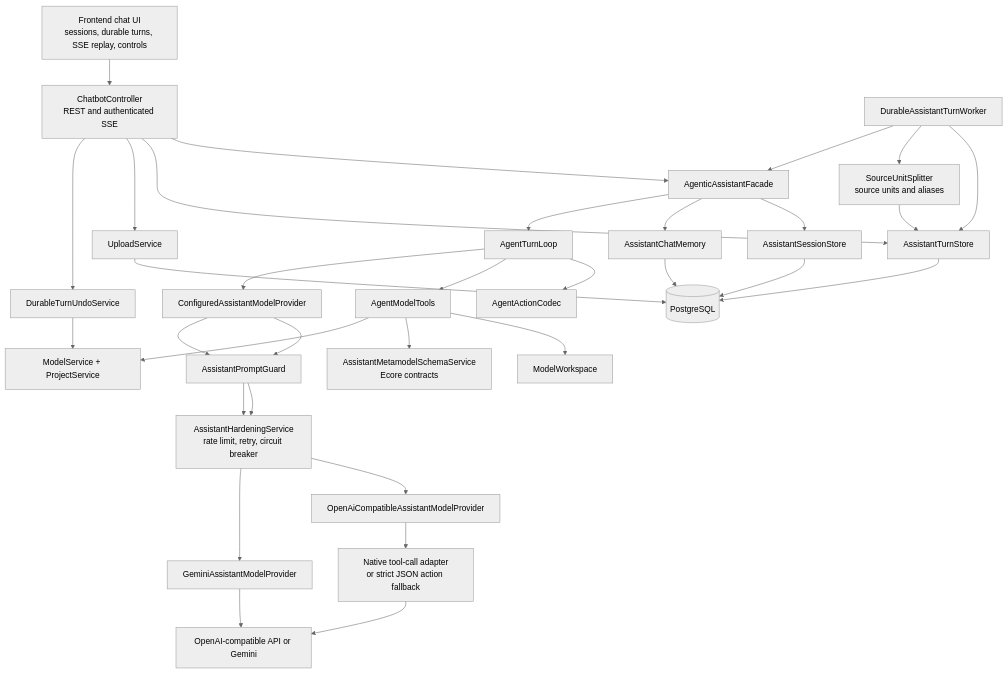
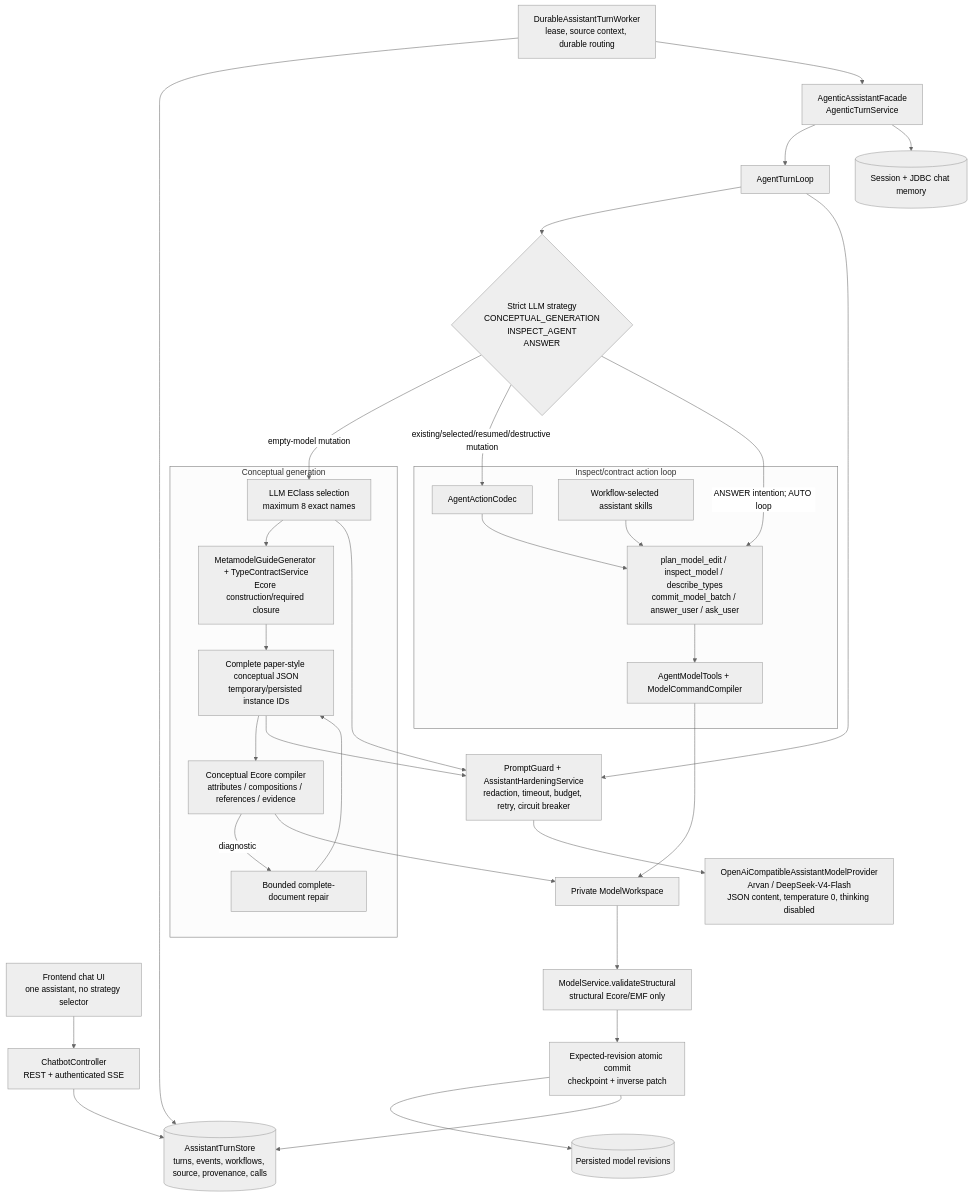
One commit to mehdieidi/modriss changed the first of 3 diagrams in docs/diagrams/14-ai-assistant-architecture.md. Above: the diagram before and after it, drawn with Mermaid (neutral theme). The commit also changed other lines of this file and 66 other files, not shown here.

First line of the commit message:
feat(ai): enhance assistant model provider and metamodel generator

````diff
--- a/docs/diagrams/14-ai-assistant-architecture.md
+++ b/docs/diagrams/14-ai-assistant-architecture.md
@@ -5,52 +5,49 @@
 ```mermaid
 flowchart TB
-    ui["Frontend chat UI<br/>sessions, durable turns, SSE replay, controls"]
-    api["ChatbotController<br/>REST and authenticated SSE"]
-    worker["DurableAssistantTurnWorker"]
-    facade["AgenticAssistantFacade"]
+    ui["Frontend chat UI<br/>one assistant, no strategy selector"]
+    api["ChatbotController<br/>REST + authenticated SSE"]
+    worker["DurableAssistantTurnWorker<br/>lease, source context, durable routing"]
+    facade["AgenticAssistantFacade<br/>AgenticTurnService"]
     loop["AgentTurnLoop"]
-    codec["AgentActionCodec"]
-    tools["AgentModelTools"]
-    workspace["ModelWorkspace"]
-    schema["AssistantMetamodelSchemaService<br/>Ecore contracts"]
-    hard["AssistantHardeningService<br/>rate limit, retry, circuit breaker"]
-    prompts["AssistantPromptGuard"]
-    provider["ConfiguredAssistantModelProvider"]
-    openai["OpenAiCompatibleAssistantModelProvider"]
-    gemini["GeminiAssistantModelProvider"]
-    nativeTools["Native tool-call adapter<br/>or strict JSON action fallback"]
-    models["ModelService + ProjectService"]
-    turns["AssistantTurnStore"]
-    sessions["AssistantSessionStore"]
-    memory["AssistantChatMemory"]
-    uploads["UploadService"]
-    splitter["SourceUnitSplitter<br/>source units and aliases"]
-    undo["DurableTurnUndoService"]
-    db[("PostgreSQL")]
-    ai["OpenAI-compatible API or Gemini"]
+    strategy{"Strict LLM strategy<br/>CONCEPTUAL_GENERATION<br/>INSPECT_AGENT<br/>ANSWER"}
 
-    ui --> api
-    api --> facade
-    api --> turns
-    api --> uploads
-    api --> undo
+    subgraph conceptual["Conceptual generation"]
+        select["LLM EClass selection<br/>maximum 8 exact names"]
+        guide["MetamodelGuideGenerator + TypeContractService<br/>Ecore construction/required closure"]
+        ir["Complete paper-style conceptual JSON<br/>temporary/persisted instance IDs"]
+        compiler["Conceptual Ecore compiler<br/>attributes / compositions / references / evidence"]
+        repair["Bounded complete-document repair"]
+    end
+
+    subgraph agent["Inspect/contract action loop"]
+        codec["AgentActionCodec"]
+        actions["plan_model_edit / inspect_model / describe_types<br/>commit_model_batch / answer_user / ask_user"]
+        skills["Workflow-selected assistant skills"]
+        tools["AgentModelTools + ModelCommandCompiler"]
+    end
+
+    workspace["Private ModelWorkspace"]
+    structural["ModelService.validateStructural<br/>structural Ecore/EMF only"]
+    commit["Expected-revision atomic commit<br/>checkpoint + inverse patch"]
+    turns[("AssistantTurnStore<br/>turns, events, workflows, source, provenance, calls")]
+    memory[("Session + JDBC chat memory")]
+    model[("Persisted model revisions")]
+    provider["OpenAiCompatibleAssistantModelProvider<br/>Arvan / DeepSeek-V4-Flash<br/>JSON content, temperature 0, thinking disabled"]
+    guard["PromptGuard + AssistantHardeningService<br/>redaction, timeout, budget, retry, circuit breaker"]
+
+    ui --> api --> turns
     worker --> turns
-    worker --> splitter
-    worker --> facade
-    facade --> sessions
+    worker --> facade --> loop --> strategy
+    strategy -->|empty-model mutation| select --> guide --> ir --> compiler
+    compiler -->|diagnostic| repair --> ir
+    compiler --> workspace
+    strategy -->|existing/selected/resumed/destructive mutation| codec --> actions
+    skills --> actions --> tools --> workspace
+    strategy -->|ANSWER intention; AUTO loop| actions
+    loop --> guard --> provider
+    select --> guard
+    ir --> guard
+    workspace --> structural --> commit --> model
+    commit --> turns
     facade --> memory
-    facade --> loop
-    loop --> codec
-    loop --> tools --> workspace
-    tools --> schema
-    tools --> models
-    loop --> provider
-    provider --> prompts --> hard --> openai --> nativeTools --> ai
-    provider --> prompts --> hard --> gemini --> ai
-    turns --> db
-    sessions --> db
-    memory --> db
-    uploads --> db
-    splitter --> turns
-    undo --> models
 ```
````
